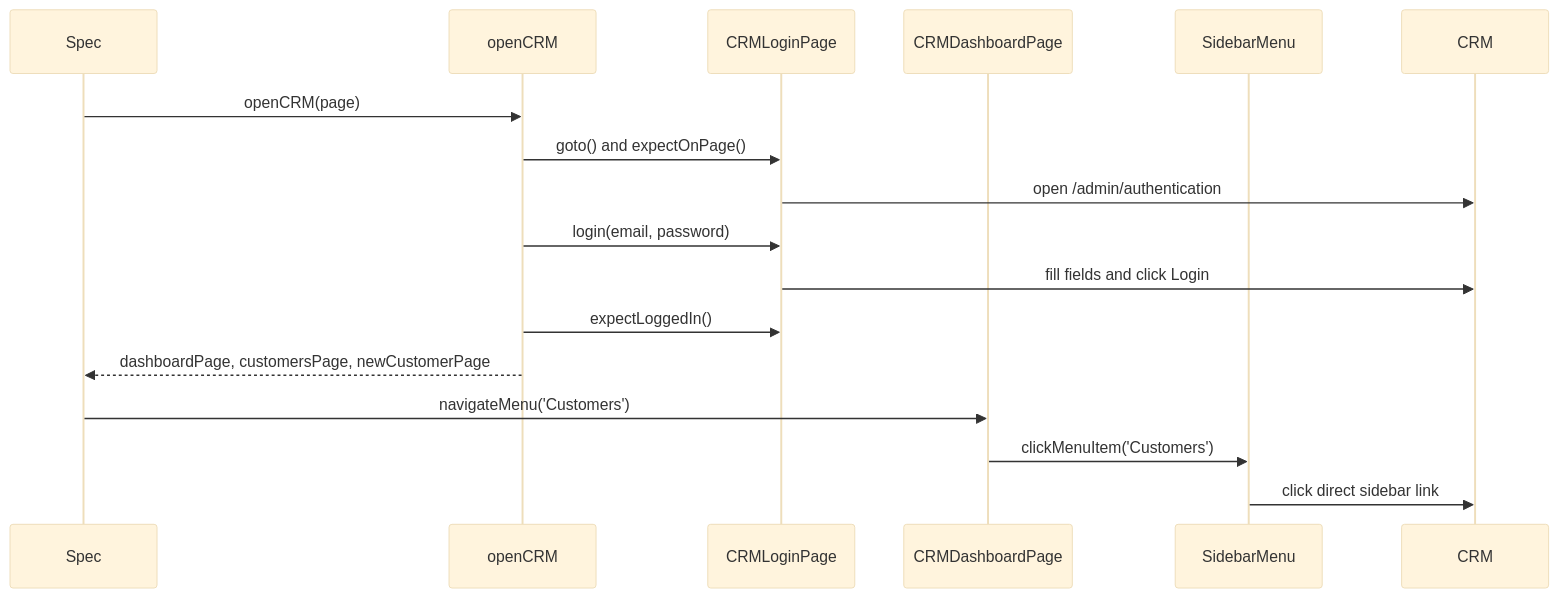
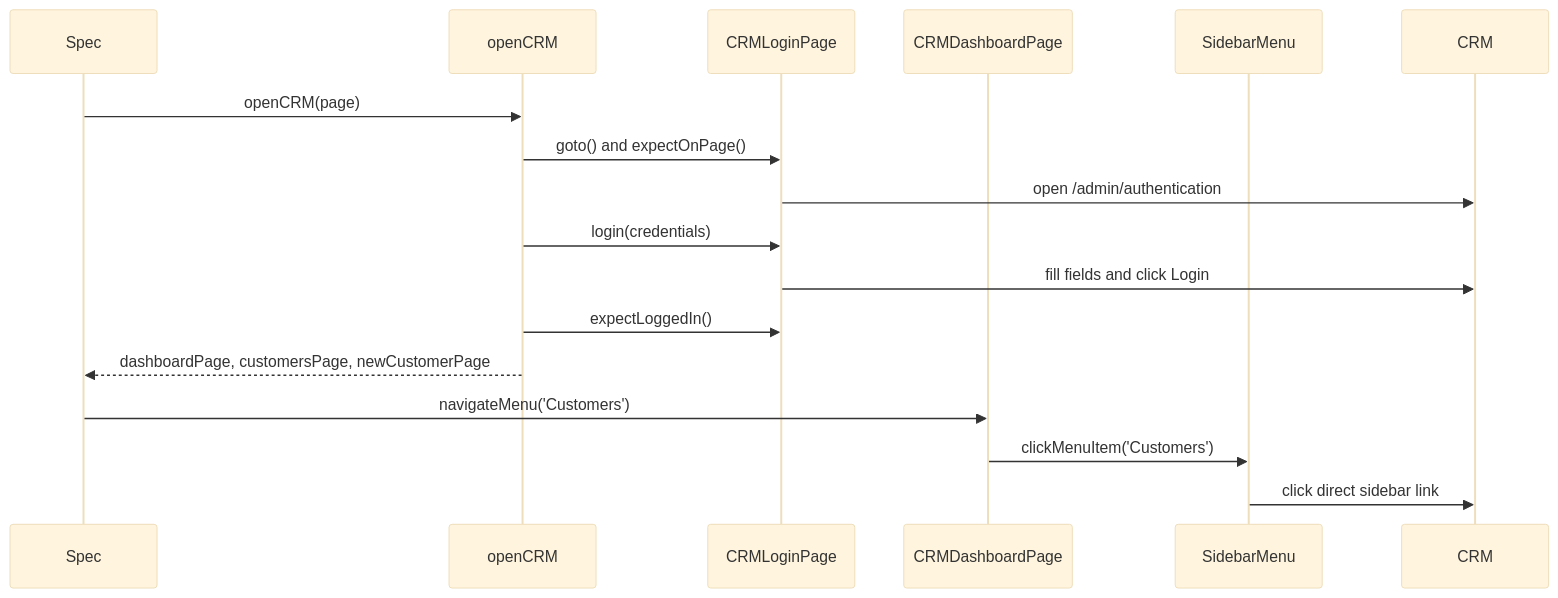
The fourth of 7 diagrams in modules/1-basics/03-pom/PROJECT-OVERVIEW.md (meomew-auto/PW-BASIC-202603), drawn with Mermaid (base theme) before and after one commit. The commit also changed other lines of this file and 22 other files, not shown here.

````diff
--- a/modules/1-basics/03-pom/PROJECT-OVERVIEW.md
+++ b/modules/1-basics/03-pom/PROJECT-OVERVIEW.md
@@ -384,20 +538,20 @@
 ```mermaid
 sequenceDiagram
     participant S as Spec
     participant C as openCRM
     participant L as CRMLoginPage
     participant D as CRMDashboardPage
     participant M as SidebarMenu
     participant R as CRM
 
     S->>C: openCRM(page)
     C->>L: goto() and expectOnPage()
     L->>R: open /admin/authentication
-    C->>L: login(email, password)
+    C->>L: login(credentials)
     L->>R: fill fields and click Login
     C->>L: expectLoggedIn()
     C-->>S: dashboardPage, customersPage, newCustomerPage
     S->>D: navigateMenu('Customers')
     D->>M: clickMenuItem('Customers')
     M->>R: click direct sidebar link
 ```
````
